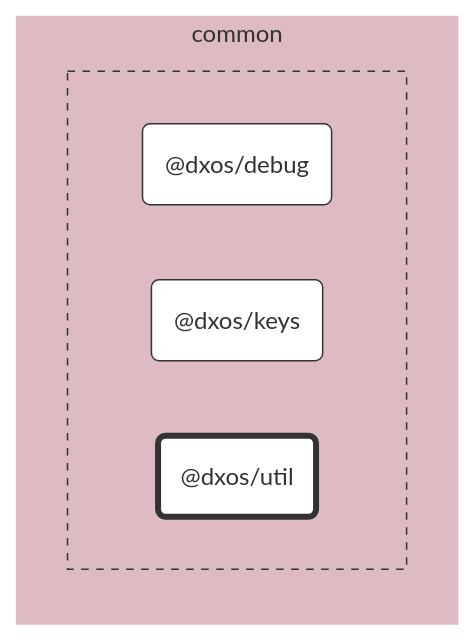
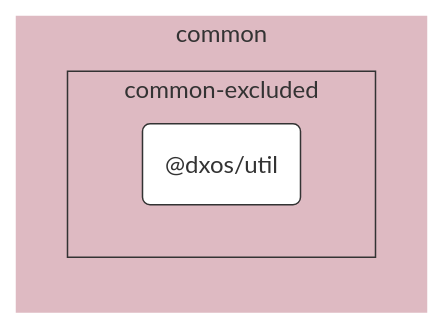
Before and after one commit to dxos/dxos: the diagram in packages/common/util/docs/README.md, drawn with Mermaid. The commit also changed 87 other files, not shown here.

````diff
--- a/packages/common/util/docs/README.md
+++ b/packages/common/util/docs/README.md
@@ -7,36 +7,24 @@
 ```mermaid
 %%{ init: {'flowchart':{'curve':'basis'}} }%%
 
 flowchart LR
 
-%% Links
+%% Classes
+classDef def fill:#fff,stroke:#333,stroke-width:1px
+classDef root fill:#fff,stroke:#333,stroke-width:4px
 
-%% Sections
-subgraph common
-  style common fill:#debac2,stroke:#fff;
+%% Nodes
 
+subgraph common [common]
+  style common fill:#debac2,stroke:#fff
 
-  subgraph common-excluded [ ]
-    style common-excluded fill:#debac2,stroke:#333,stroke-dasharray:5 5;
-
-    dxos/debug("@dxos/debug")
-    dxos/keys("@dxos/keys")
-    dxos/util("@dxos/util")
+  subgraph common-excluded [common-excluded]
+    style common-excluded fill:#debac2,stroke:#333,stroke-dashed:5 5
+    dxos/util("@dxos/util"):::def
+    click dxos/util "dxos/dxos/tree/main/packages/common/util/docs"
   end
 end
 
-
-%% Hyperlinks
-click dxos/debug "dxos/dxos/tree/main/packages/common/debug/docs";
-click dxos/keys "dxos/dxos/tree/main/packages/common/keys/docs";
-
-%% Styles
-classDef rootNode fill:#fff,stroke:#333,stroke-width:4px
-classDef defaultNode fill:#fff,stroke:#333,stroke-width:1px
+%% Links
 linkStyle default stroke:#333,stroke-width:1px
-
-dxos/util:::rootNode
-
-dxos/debug:::defaultNode
-dxos/keys:::defaultNode
 ```
````
